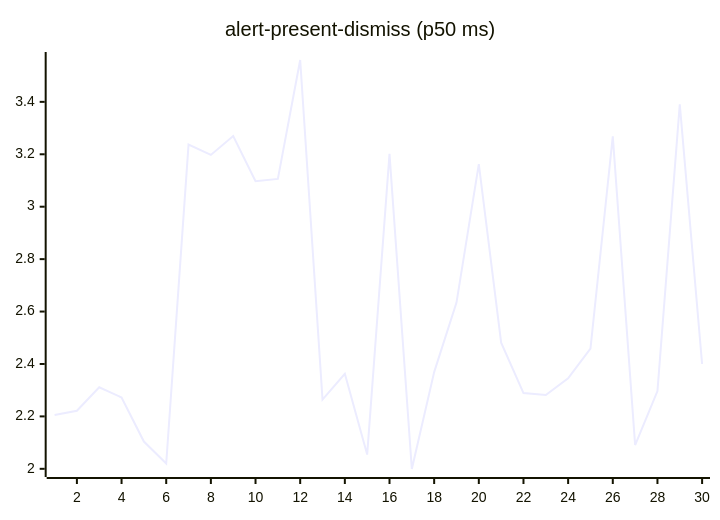
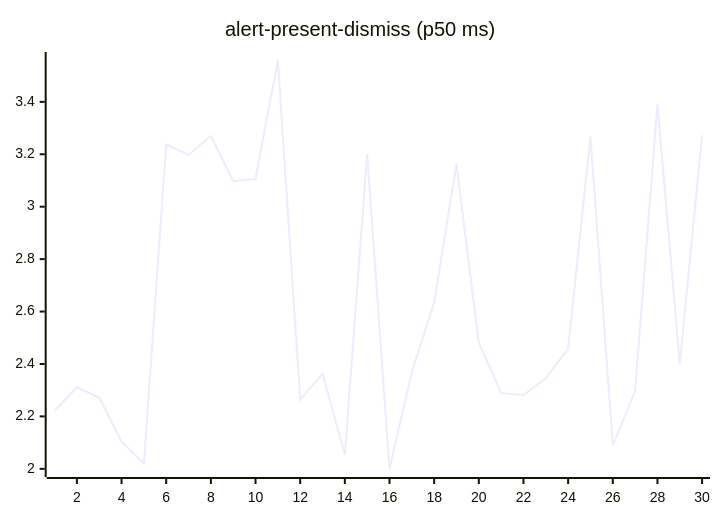
Before and after one commit to josha/Facet: the second of 27 diagrams in README.md, drawn with Mermaid. The commit also changed other lines of this file and 2 other files, not shown here.

````diff
--- a/README.md
+++ b/README.md
@@ -70,6 +70,6 @@
 ```mermaid
 xychart-beta
     title "alert-present-dismiss (p50 ms)"
     x-axis 1 --> 30
-    line [2.2054, 2.2216, 2.3109, 2.2722, 2.1040, 2.0200, 3.2371, 3.1976, 3.2697, 3.0970, 3.1061, 3.5597, 2.2642, 2.3626, 2.0543, 3.2013, 1.9993, 2.3689, 2.6340, 3.1626, 2.4814, 2.2888, 2.2819, 2.3455, 2.4588, 3.2682, 2.0908, 2.2965, 3.3910, 2.4000]
+    line [2.2216, 2.3109, 2.2722, 2.1040, 2.0200, 3.2371, 3.1976, 3.2697, 3.0970, 3.1061, 3.5597, 2.2642, 2.3626, 2.0543, 3.2013, 1.9993, 2.3689, 2.6340, 3.1626, 2.4814, 2.2888, 2.2819, 2.3455, 2.4588, 3.2682, 2.0908, 2.2965, 3.3910, 2.4000, 3.2732]
 ```
````
